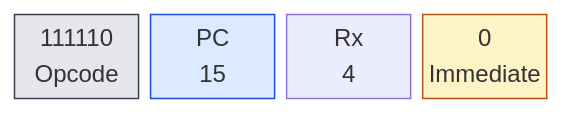
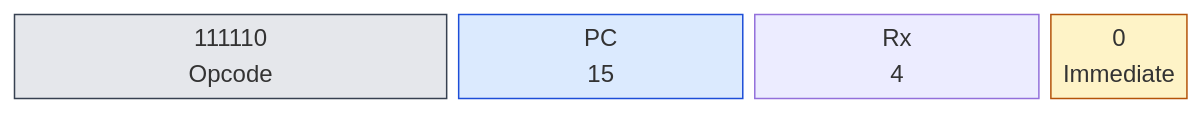
One commit to olfp/Deep16 changed the fourth of 4 diagrams in book/kap04.md. Above: the diagram before and after it, drawn with Mermaid. The commit also changed other lines of this file and 1 other file, not shown here.

Commit message:
book: Bitdiagramme Kap. 4 auf 16-Bit-Spalten (jede Box = Bitbreite) angeglichen

````diff
--- a/book/kap04.md
+++ b/book/kap04.md
@@ -276,14 +276,14 @@
 ```mermaid
 block-beta
-  columns 4
+  columns 16
   classDef op fill:#e5e7eb,stroke:#374151
   classDef reg fill:#dbeafe,stroke:#1d4ed8
   classDef imm fill:#fef3c7,stroke:#b45309
-  b0["111110<br/>Opcode"]:1
-  b1["PC<br/>15"]:1
-  b2["Rx<br/>4"]:1
-  b3["0<br/>Immediate"]:1
+  b0["111110<br/>Opcode"]:6
+  b1["PC<br/>15"]:4
+  b2["Rx<br/>4"]:4
+  b3["0<br/>Immediate"]:2
   class b0 op
   class b1 b2 reg
   class b3 imm
 ```
````
